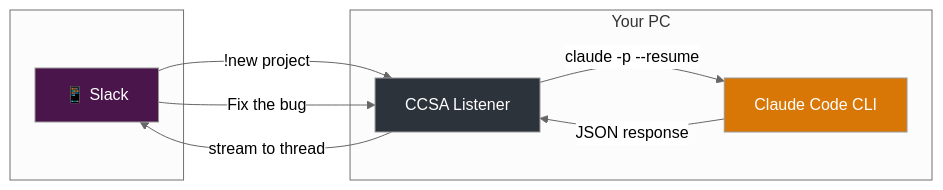
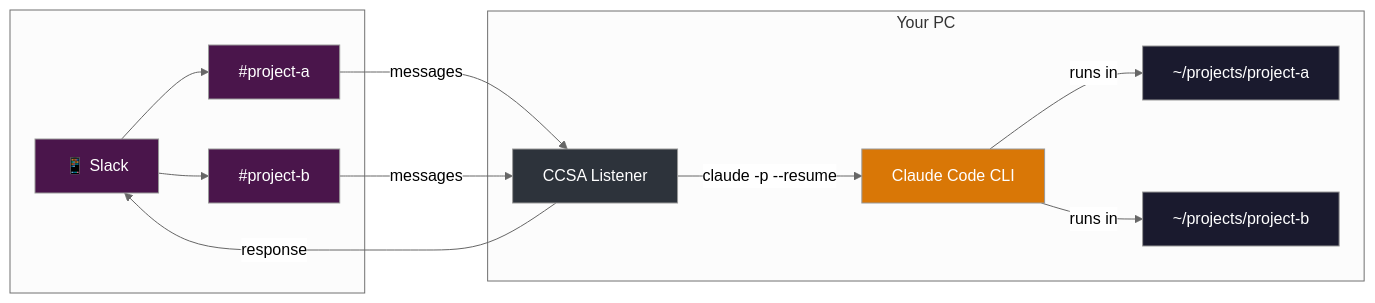
Before and after one commit to sderosiaux/claudeslack: the diagram in README.md, drawn with Mermaid (neutral theme).

Commit message:
Update diagram to show multi-project support

````diff
--- a/README.md
+++ b/README.md
@@ -10,21 +10,29 @@
 ```mermaid
 flowchart LR
     subgraph phone[" "]
         A[📱 Slack]
+        C1[#project-a]
+        C2[#project-b]
     end
 
     subgraph pc["Your PC"]
         B[CCSA Listener]
         D[Claude Code CLI]
+        P1[~/projects/project-a]
+        P2[~/projects/project-b]
     end
 
-    A -->|"!new project"| B
-    A -->|"Fix the bug"| B
+    A --> C1 & C2
+    C1 & C2 -->|messages| B
     B -->|"claude -p --resume"| D
-    D -->|"JSON response"| B
-    B -->|"stream to thread"| A
+    D -->|runs in| P1 & P2
+    B -->|"response"| A
 
     style A fill:#4A154B,color:#fff
     style B fill:#2D333B,color:#fff
     style D fill:#D97706,color:#fff
+    style C1 fill:#4A154B,color:#fff
+    style C2 fill:#4A154B,color:#fff
+    style P1 fill:#1a1a2e,color:#fff
+    style P2 fill:#1a1a2e,color:#fff
 ```
````
